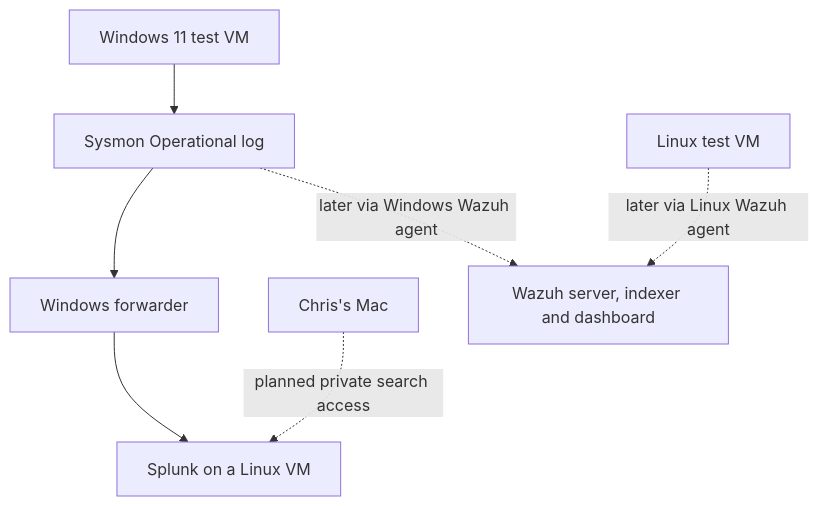
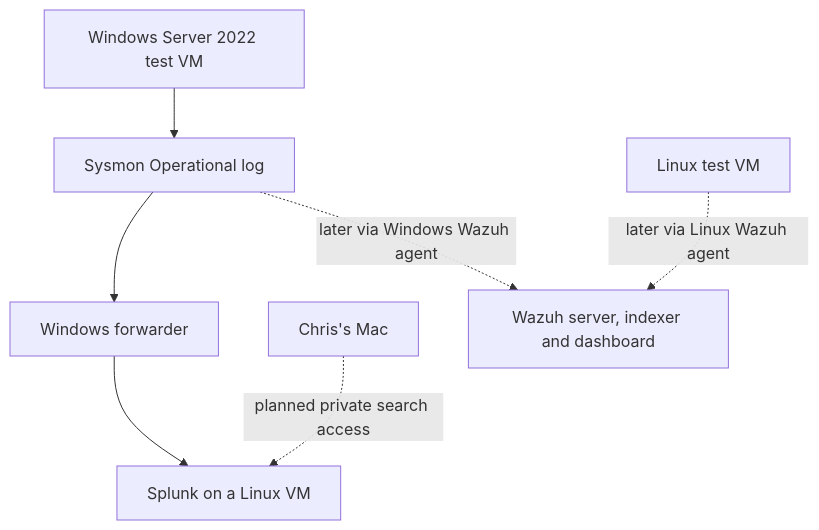
Before and after one commit to cnaraysingh05/tracefoundry: the diagram in docs/architecture.md, drawn with Mermaid. The commit also changed other lines of this file and 1 other file, not shown here.

Commit message:
docs: record Server 2022 endpoint, NAT, and tested baseline

````diff
--- a/docs/architecture.md
+++ b/docs/architecture.md
@@ -13,9 +13,9 @@
 ```mermaid
 flowchart TD
-    W["Windows 11 test VM"] --> S["Sysmon Operational log"]
+    W["Windows Server 2022 test VM"] --> S["Sysmon Operational log"]
     S --> F["Windows forwarder"]
     F --> P["Splunk on a Linux VM"]
     M["Chris's Mac"] -. planned private search access .-> P
     S -. later via Windows Wazuh agent .-> Z["Wazuh server, indexer and dashboard"]
     L["Linux test VM"] -. later via Linux Wazuh agent .-> Z
 ```
````
